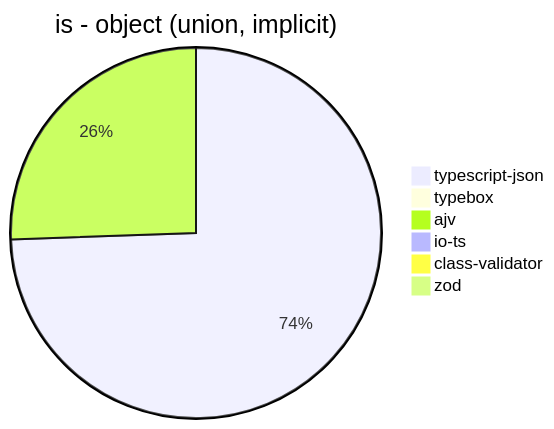
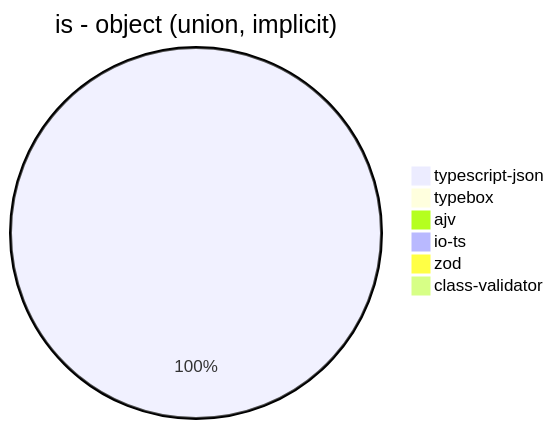
The fourth of 39 diagrams in benchmark/results/AMD Ryzen 9 5900HX with Radeon Graphics.md (samchon/typia), drawn with Mermaid before and after one commit. The commit also changed other lines of this file and 3 other files, not shown here.

````diff
--- a/benchmark/results/AMD Ryzen 9 5900HX with Radeon Graphics.md
+++ b/benchmark/results/AMD Ryzen 9 5900HX with Radeon Graphics.md
@@ -54,9 +54,9 @@
 ```mermaid
 pie title is - object (union, implicit)
-  "typescript-json": 14110.040755835495
+  "typescript-json": 14607.733812949642
   "typebox": 0
-  "ajv": 4844.519646550103
+  "ajv": 0
   "io-ts": 0
-  "class-validator": 17.824663514005092
-  "zod": 19.901440485216074
+  "zod": 18.9873417721519
+  "class-validator": 16.53046062407132
 ```
````
